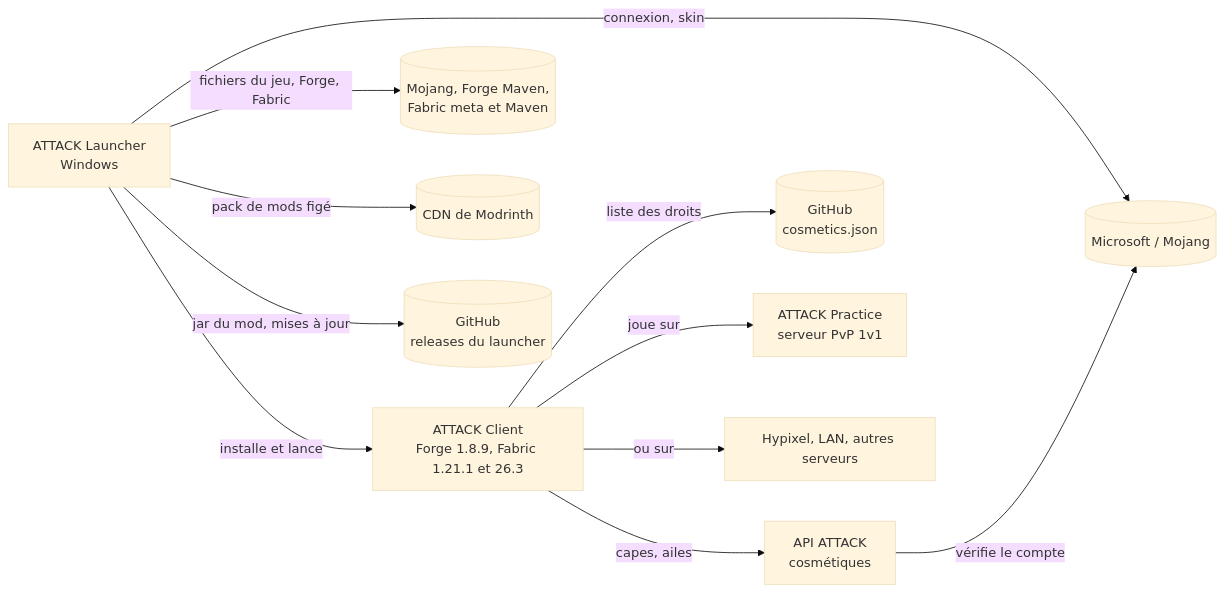
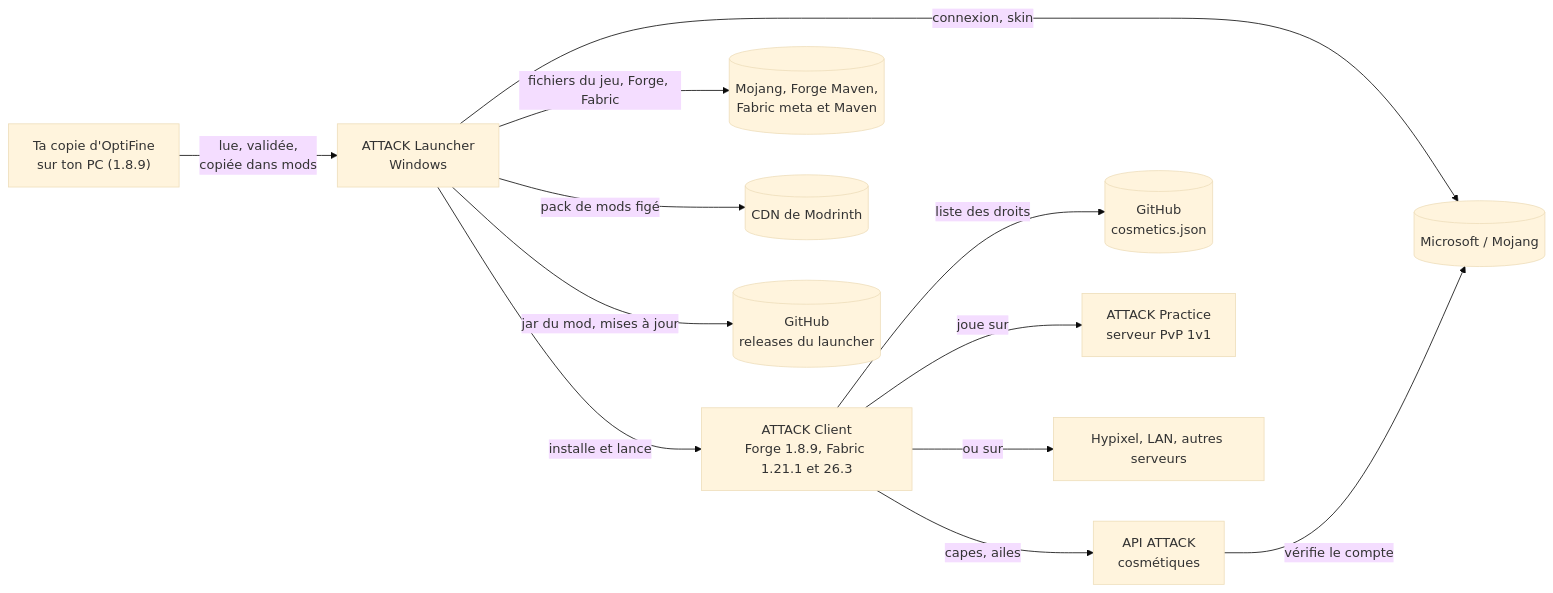
Before and after one commit to 7ShIkI3/attack-launcher: the diagram in README.md, drawn with Mermaid (base theme). The commit also changed other lines of this file and 12 other files, not shown here.

````diff
--- a/README.md
+++ b/README.md
@@ -32,13 +140,14 @@
 ```mermaid
 flowchart LR
   L["ATTACK Launcher<br>Windows"] -->|"installe et lance"| C["ATTACK Client<br>Forge 1.8.9, Fabric 1.21.1 et 26.3"]
   L -->|"connexion, skin"| M[("Microsoft / Mojang")]
   L -->|"fichiers du jeu, Forge, Fabric"| D[("Mojang, Forge Maven,<br>Fabric meta et Maven")]
   L -->|"pack de mods figé"| O[("CDN de Modrinth")]
   L -->|"jar du mod, mises à jour"| R[("GitHub<br>releases du launcher")]
+  F["Ta copie d'OptiFine<br>sur ton PC (1.8.9)"] -->|"lue, validée,<br>copiée dans mods"| L
   C -->|"capes, ailes"| A["API ATTACK<br>cosmétiques"]
   A -->|"vérifie le compte"| M
   C -->|"liste des droits"| G[("GitHub<br>cosmetics.json")]
   C -->|"joue sur"| P["ATTACK Practice<br>serveur PvP 1v1"]
   C -->|"ou sur"| S["Hypixel, LAN, autres serveurs"]
 ```
````
